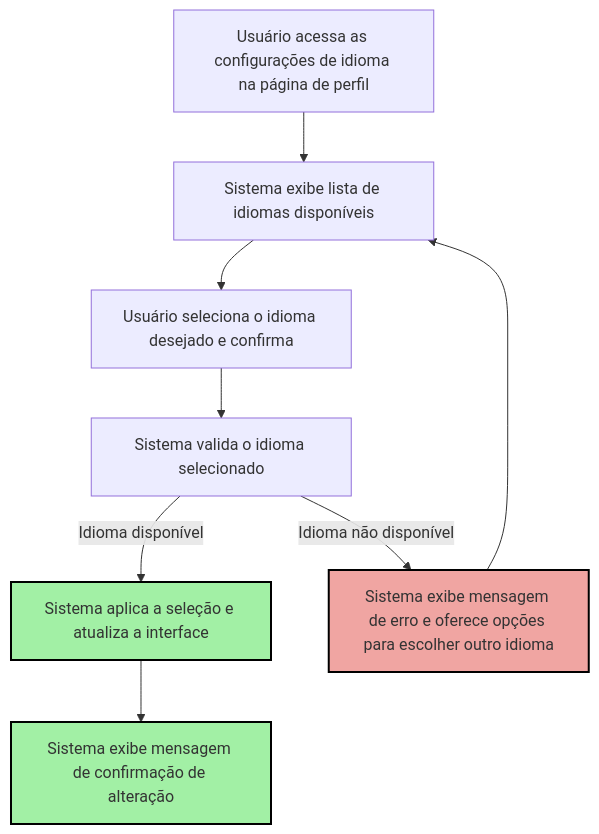
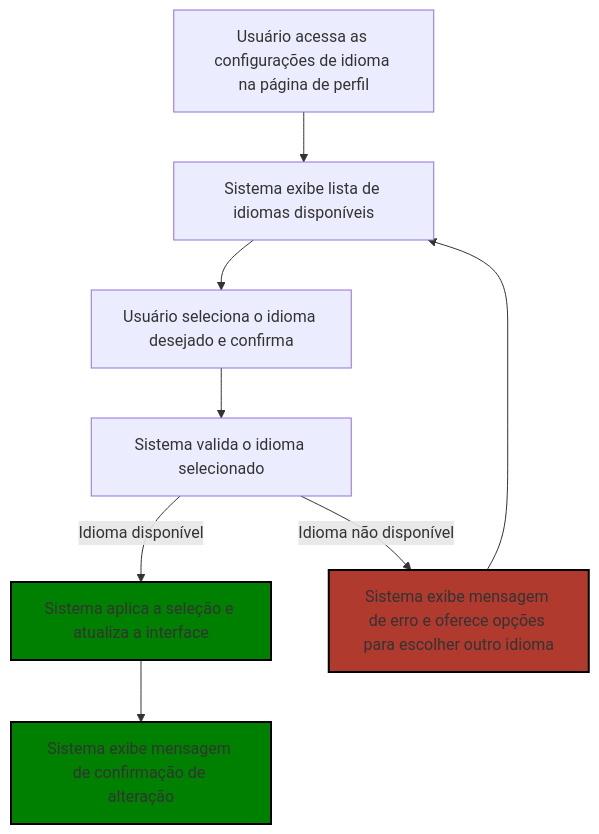
Before and after one commit to RafaelRodrigues44/SigeM: the sixth of 7 diagrams in README.md, drawn with Mermaid. The commit also changed other lines of this file, not shown here.

````diff
--- a/README.md
+++ b/README.md
@@ -278,16 +273,16 @@
 ```mermaid
 flowchart TD
 	A[Usuário acessa as configurações de idioma na página de perfil] --> B[Sistema exibe lista de idiomas disponíveis]
 	B --> C[Usuário seleciona o idioma desejado e confirma]
 	C --> D[Sistema valida o idioma selecionado]
 	D -->|Idioma disponível| E[Sistema aplica a seleção e atualiza a interface]
 	D -->|Idioma não disponível| F[Sistema exibe mensagem de erro e oferece opções para escolher outro idioma]
 	E --> G[Sistema exibe mensagem de confirmação de alteração]
 	F --> B
 
-	classDef success fill:#a2f0a5,stroke:#000,stroke-width:2px;
-	classDef error fill:#f0a5a2,stroke:#000,stroke-width:2px;
+	classDef success fill:#008000,stroke:#000,stroke-width:2px;
+	classDef error fill:#b03a2e,stroke:#000,stroke-width:2px;
 
 	class E,G success;
 	class F error;
 ```
````
